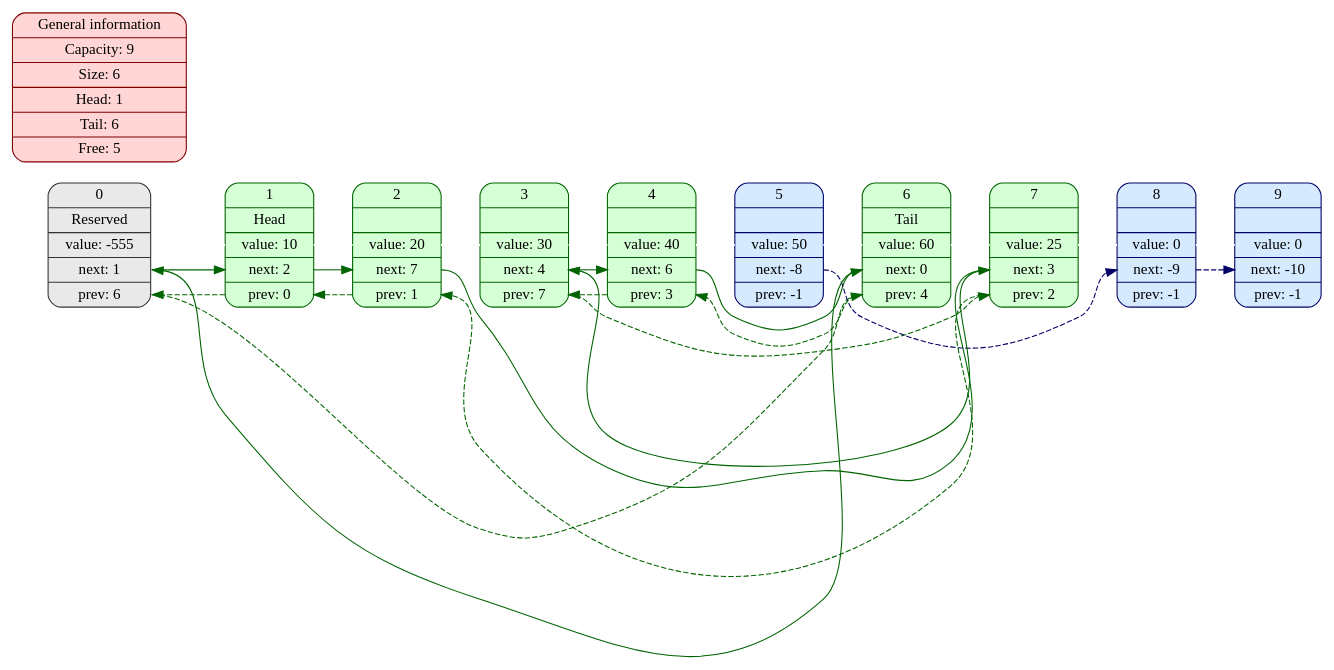
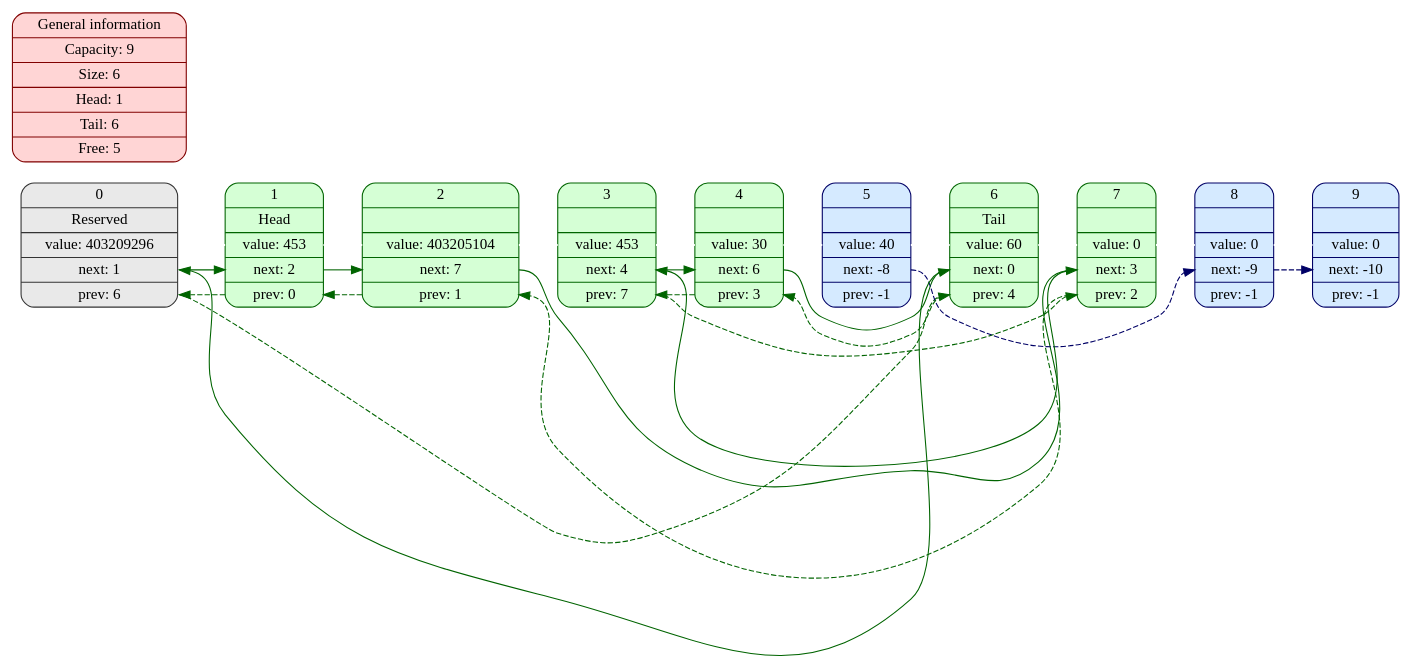
One commit to KuchinaMA/Lists changed the diagram in ListPicture.dot. Above: the diagram before and after it, drawn with Graphviz. The commit also changed 5 other files, not shown here.

```diff
--- a/ListPicture.dot
+++ b/ListPicture.dot
@@ -1,32 +1,32 @@
 digraph {
   rankdir = LR;
   node [shape = Mrecord, color = "#006400", style = filled, fillcolor = "#D5FFD5"];
-{  el0[color = "#333333", style = filled, fillcolor = "#E9E9E9", label = "0 | Reserved | <d0> value: -555 | <n0> next: 1 | <p0> prev: 6"];
-  el1[label = "1 | Head | <d1> value: 10 | <n1> next: 2 | <p1> prev: 0"];
-  el2[label = "2 | | <d2> value: 20 | <n2> next: 7 | <p2> prev: 1"];
-  el3[label = "3 | | <d3> value: 30 | <n3> next: 4 | <p3> prev: 7"];
-  el4[label = "4 | | <d4> value: 40 | <n4> next: 6 | <p4> prev: 3"];
-  el5[color = "#000066", style = filled, fillcolor = "#D5EAFF", label = "5 | | <d5> value: 50 | <n5> next: -8 | <p5> prev: -1"];
+{  el0[color = "#333333", style = filled, fillcolor = "#E9E9E9", label = "0 | Reserved | <d0> value: 403209296 | <n0> next: 1 | <p0> prev: 6"];
+  el1[label = "1 | Head | <d1> value: 453 | <n1> next: 2 | <p1> prev: 0"];
+  el2[label = "2 | | <d2> value: 403205104 | <n2> next: 7 | <p2> prev: 1"];
+  el3[label = "3 | | <d3> value: 453 | <n3> next: 4 | <p3> prev: 7"];
+  el4[label = "4 | | <d4> value: 30 | <n4> next: 6 | <p4> prev: 3"];
+  el5[color = "#000066", style = filled, fillcolor = "#D5EAFF", label = "5 | | <d5> value: 40 | <n5> next: -8 | <p5> prev: -1"];
   el6[label = "6 | Tail | <d6> value: 60 | <n6> next: 0 | <p6> prev: 4"];
-  el7[label = "7 | | <d7> value: 25 | <n7> next: 3 | <p7> prev: 2"];
+  el7[label = "7 | | <d7> value: 0 | <n7> next: 3 | <p7> prev: 2"];
   el8[color = "#000066", style = filled, fillcolor = "#D5EAFF", label = "8 | | <d8> value: 0 | <n8> next: -9 | <p8> prev: -1"];
   el9[color = "#000066", style = filled, fillcolor = "#D5EAFF", label = "9 | | <d9> value: 0 | <n9> next: -10 | <p9> prev: -1"];
   el0: <d0> ->el1: <d1> ->el2: <d2> ->el3: <d3> ->el4: <d4> ->el5: <d5> ->el6: <d6> ->el7: <d7> ->el8: <d8> ->el9: <d9> [weight = 1000, style = "bold", arrowhead = "none", color = "#FFFFFF"];
   el1: <n1> -> el2: <n2> [constraint = false, weight = 1, color = "#006400"];
   el2: <n2> -> el7: <n7> [constraint = false, weight = 1, color = "#006400"];
   el7: <n7> -> el3: <n3> [constraint = false, weight = 1, color = "#006400"];
   el3: <n3> -> el4: <n4> [constraint = false, weight = 1, color = "#006400"];
   el4: <n4> -> el6: <n6> [constraint = false, weight = 1, color = "#006400"];
   el6: <n6> -> el0: <n0> [constraint = false, weight = 1, color = "#006400"];
   el0: <n0> -> el1: <n1> [constraint = false, weight = 1, color = "#006400"];
   el6: <p6> -> el4: <p4> [constraint = false, weight = 1, color = "#006400", style = "dashed"];
   el4: <p4> -> el3: <p3> [constraint = false, weight = 1, color = "#006400", style = "dashed"];
   el3: <p3> -> el7: <p7> [constraint = false, weight = 1, color = "#006400", style = "dashed"];
   el7: <p7> -> el2: <p2> [constraint = false, weight = 1, color = "#006400", style = "dashed"];
   el2: <p2> -> el1: <p1> [constraint = false, weight = 1, color = "#006400", style = "dashed"];
   el1: <p1> -> el0: <p0> [constraint = false, weight = 1, color = "#006400", style = "dashed"];
   el0: <p0> -> el6: <p6> [constraint = false, weight = 1, color = "#006400", style = "dashed"];
   el5: <n5> -> el8: <n8> [constraint = false, weight = 1, color = "#000066", style = "dashed"];
   el8: <n8> -> el9: <n9> [constraint = false, weight = 1, color = "#000066", style = "dashed"];
 }{  general[color = "#800000", style = filled, fillcolor = "#FFD5D5", label = "General information |      Capacity: 9 | Size: 6 | Head: 1 | Tail: 6 | Free: 5"];
 }}
```
